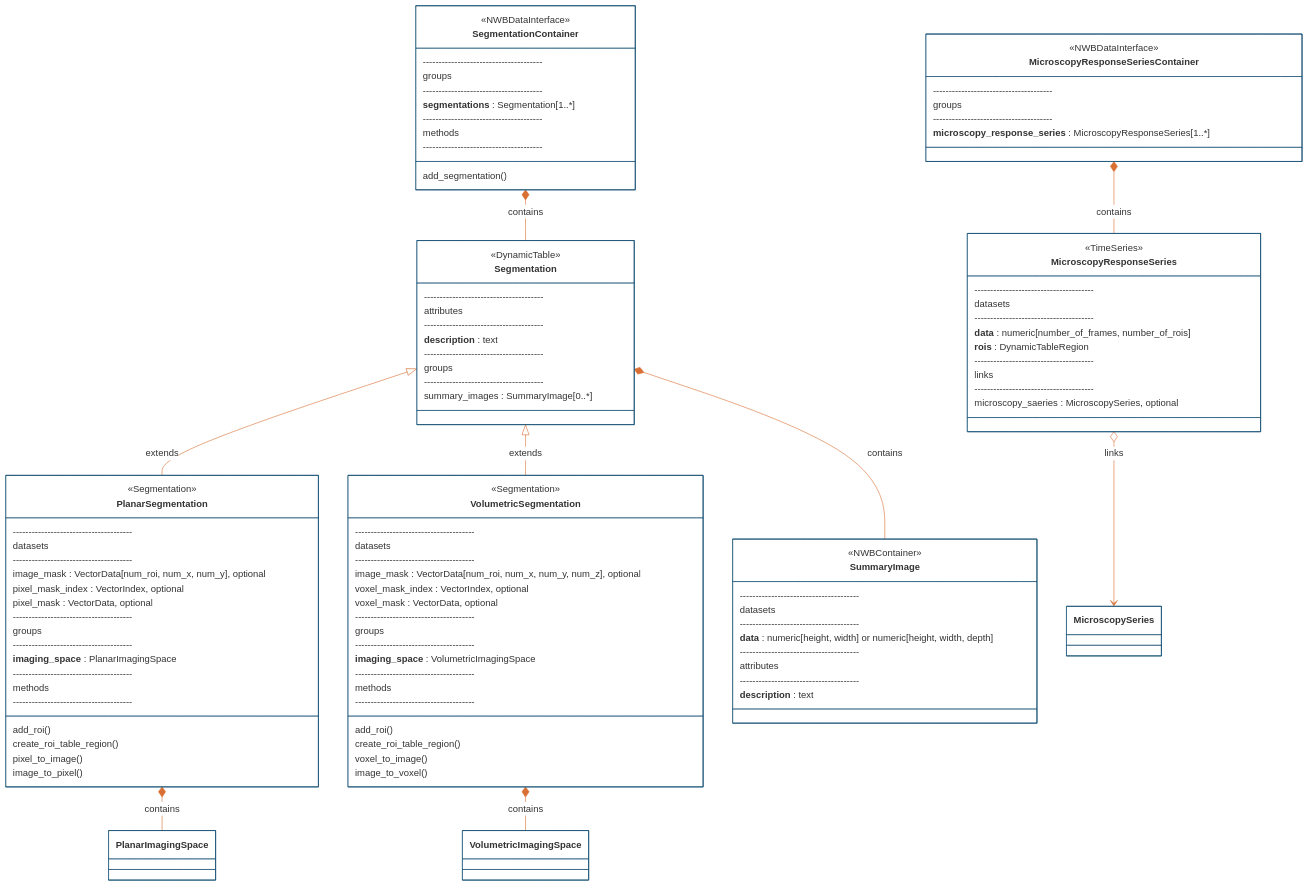
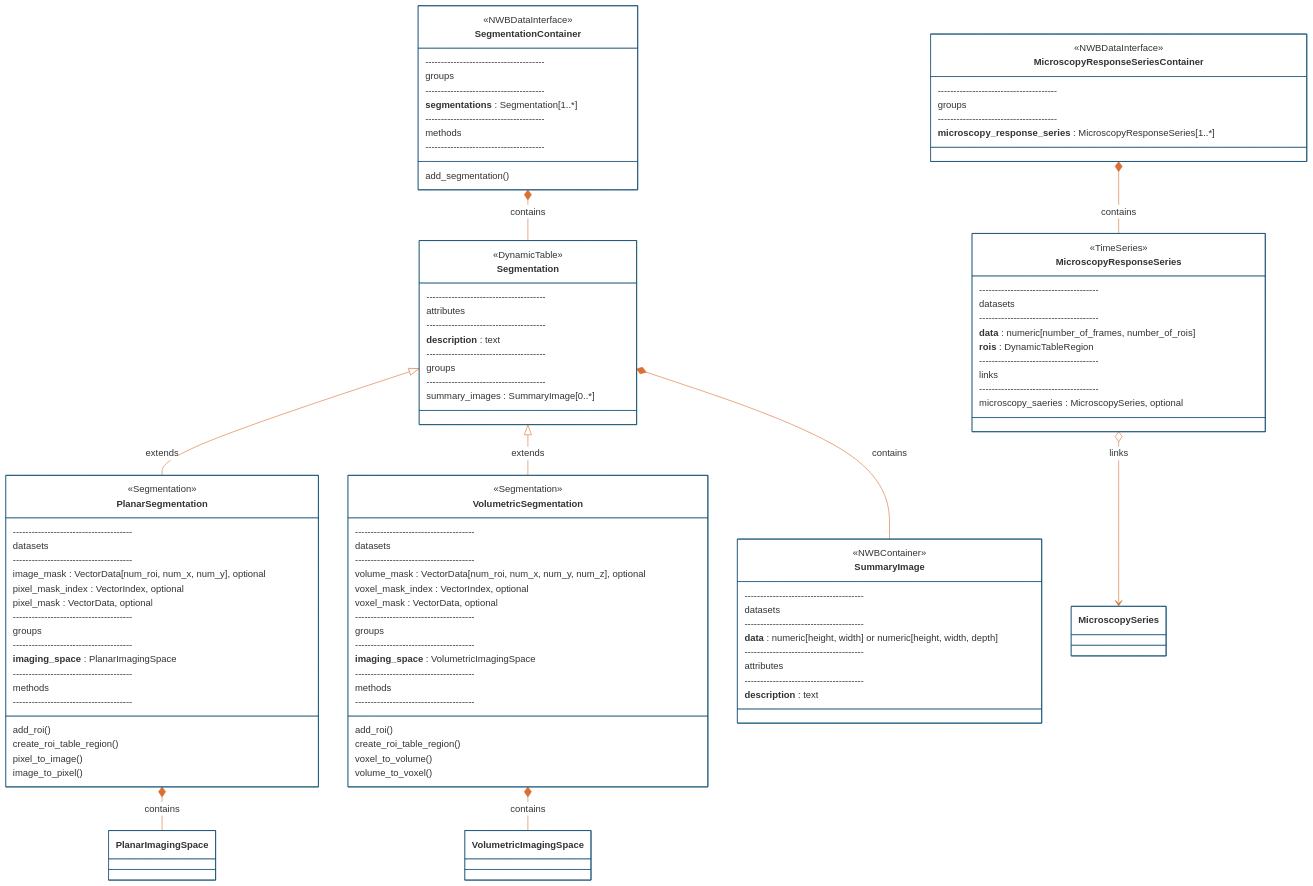
The fourth of 4 diagrams in README.md (catalystneuro/ndx-microscopy), drawn with Mermaid before and after one commit. The commit also changed 11 other files, not shown here.

First line of the commit message:
Switch image with volume in VolumetricSegmentation (#67)

```diff
--- a/README.md
+++ b/README.md
@@ -463,7 +463,7 @@
         --------------------------------------
         datasets
         --------------------------------------
-        image_mask : VectorData[num_roi, num_x, num_y, num_z], optional
+        volume_mask : VectorData[num_roi, num_x, num_y, num_z], optional
         voxel_mask_index : VectorIndex, optional
         voxel_mask : VectorData, optional
         --------------------------------------
@@ -475,8 +475,8 @@
         --------------------------------------
         add_roi()
         create_roi_table_region()
-        voxel_to_image()
-        image_to_voxel()
+        voxel_to_volume()
+        volume_to_voxel()
     }
 
     class SummaryImage {
```
